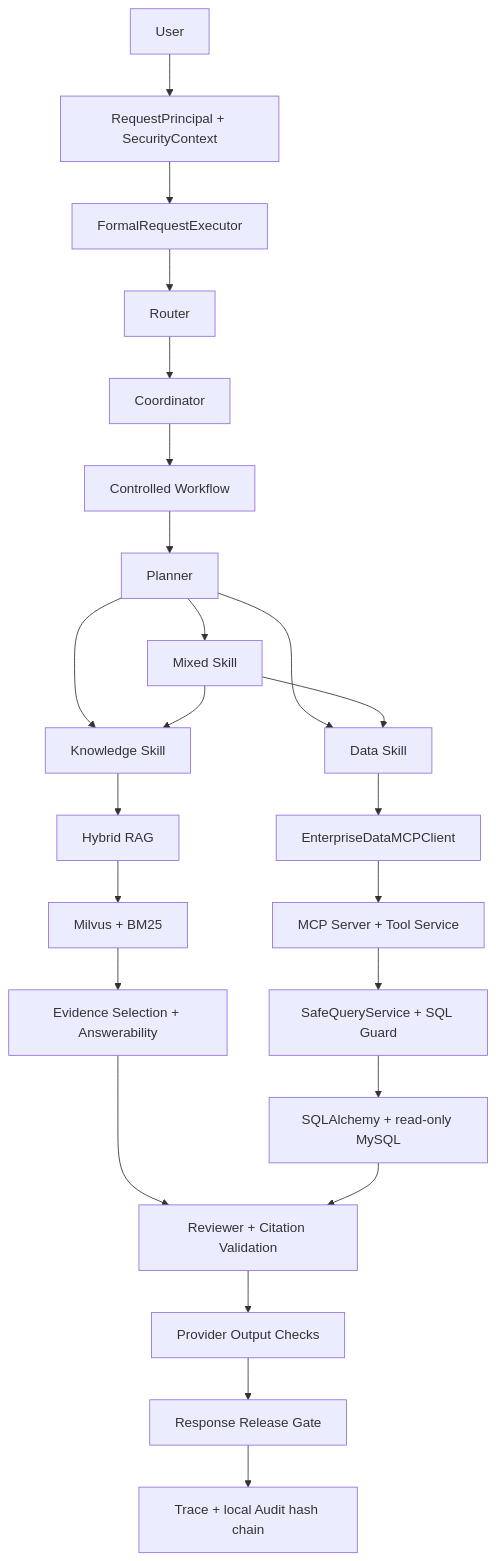
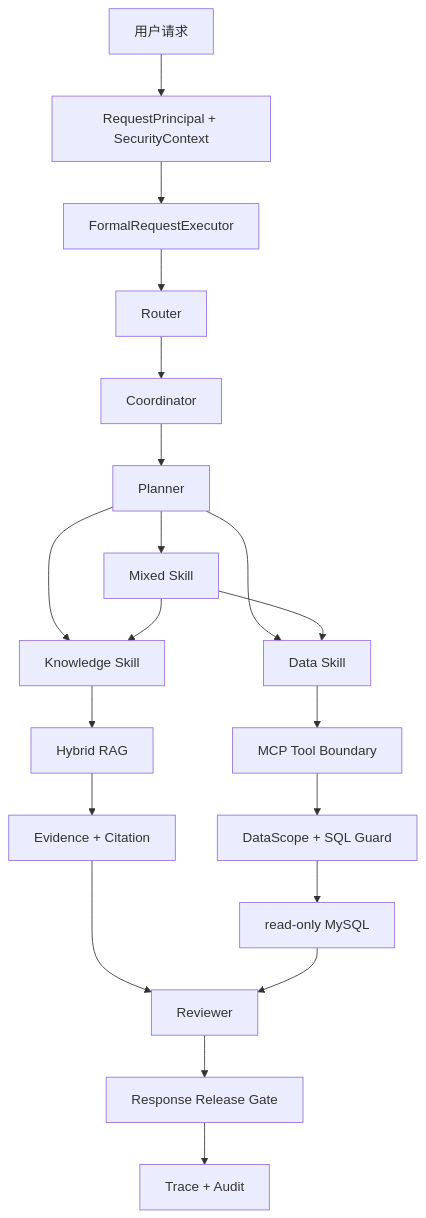
The diagram in README.md (ccy777/Enterprise-Decision-Agent), drawn with Mermaid before and after one commit. The commit also changed other lines of this file and 1 other file, not shown here.

````diff
--- a/README.md
+++ b/README.md
@@ -34,26 +120,22 @@
 ```mermaid
 flowchart TD
-    U["User"] --> P["RequestPrincipal + SecurityContext"]
-    P --> F["FormalRequestExecutor"]
+    U["用户请求"] --> S["RequestPrincipal + SecurityContext"]
+    S --> F["FormalRequestExecutor"]
     F --> R["Router"]
     R --> C["Coordinator"]
-    C --> W["Controlled Workflow"]
-    W --> PL["Planner"]
-    PL --> K["Knowledge Skill"]
-    PL --> D["Data Skill"]
-    PL --> M["Mixed Skill"]
+    C --> P["Planner"]
+    P --> K["Knowledge Skill"]
+    P --> D["Data Skill"]
+    P --> M["Mixed Skill"]
     K --> HR["Hybrid RAG"]
-    HR --> MV["Milvus + BM25"]
-    MV --> ES["Evidence Selection + Answerability"]
-    D --> MC["EnterpriseDataMCPClient"]
-    MC --> MS["MCP Server + Tool Service"]
-    MS --> SQ["SafeQueryService + SQL Guard"]
-    SQ --> DB["SQLAlchemy + read-only MySQL"]
+    HR --> E["Evidence + Citation"]
+    D --> MCP["MCP Tool Boundary"]
+    MCP --> SQL["DataScope + SQL Guard"]
+    SQL --> DB["read-only MySQL"]
     M --> K
     M --> D
-    ES --> RV["Reviewer + Citation Validation"]
-    DB --> RV
-    RV --> OC["Provider Output Checks"]
-    OC --> RG["Response Release Gate"]
-    RG --> TA["Trace + local Audit hash chain"]
+    E --> V["Reviewer"]
+    DB --> V
+    V --> G["Response Release Gate"]
+    G --> A["Trace + Audit"]
 ```
````
